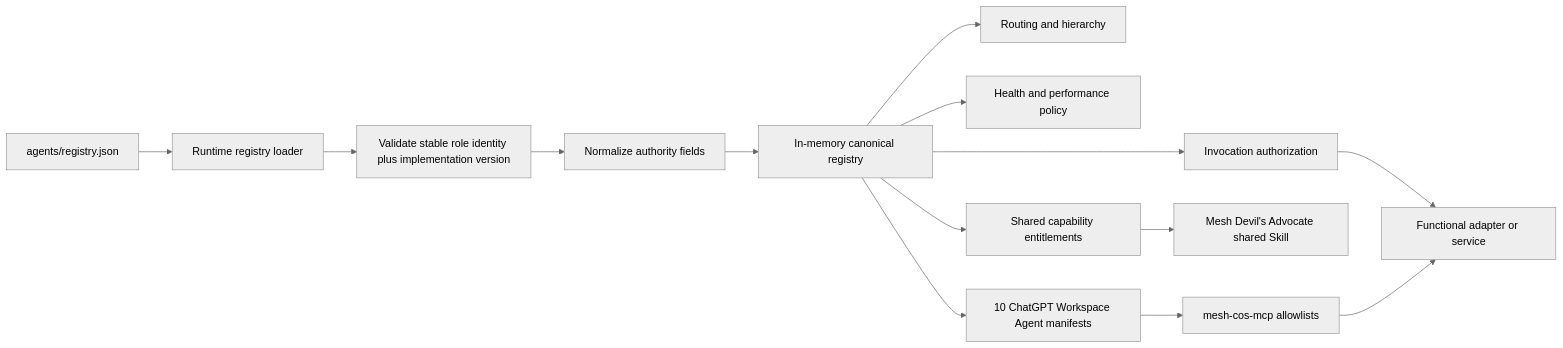
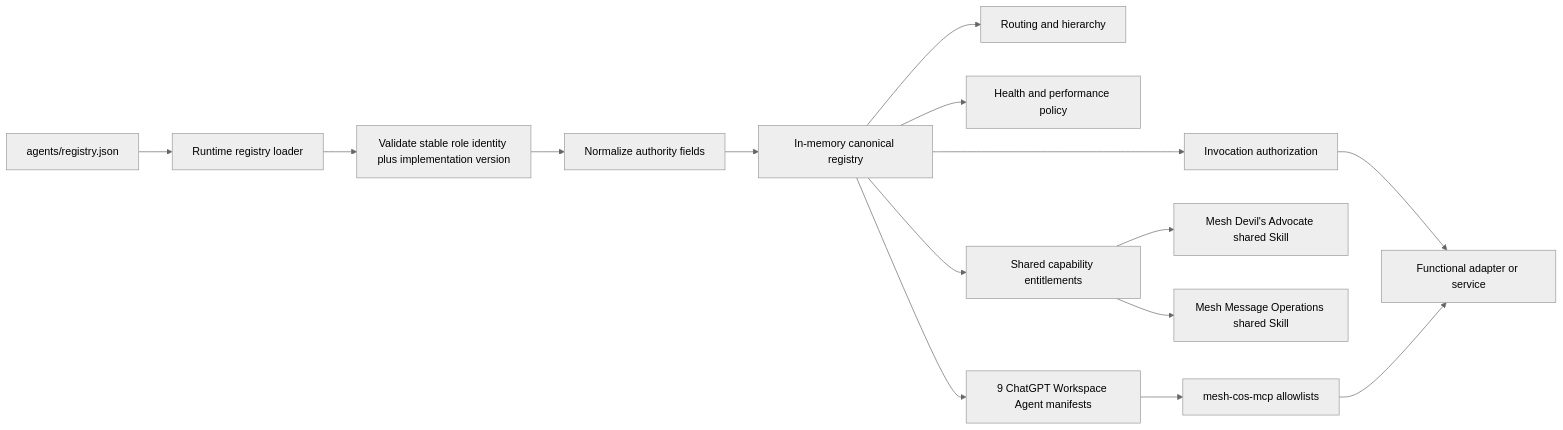
Before and after one commit to mkleinbe/mesh-ai-agent-cos-universe: the diagram in docs/agent-registry.md, drawn with Mermaid (neutral theme). The commit also changed other lines of this file, not shown here.

Commit message:
docs: align agent registry to v3 shared capabilities

````diff
--- a/docs/agent-registry.md
+++ b/docs/agent-registry.md
@@ -7,16 +7,17 @@
 ```mermaid
 flowchart LR
     J[agents/registry.json] --> LOAD[Runtime registry loader]
     LOAD --> ID[Validate stable role identity plus implementation version]
     ID --> N[Normalize authority fields]
     N --> R[In-memory canonical registry]
     R --> AUTH[Invocation authorization]
     R --> ROUTE[Routing and hierarchy]
     R --> HEALTH[Health and performance policy]
-    R --> WA[10 ChatGPT Workspace Agent manifests]
+    R --> WA[9 ChatGPT Workspace Agent manifests]
     R --> SC[Shared capability entitlements]
     SC --> DA[Mesh Devil's Advocate shared Skill]
+    SC --> MSG[Mesh Message Operations shared Skill]
     WA --> MCP[mesh-cos-mcp allowlists]
     AUTH --> EXEC[Functional adapter or service]
     MCP --> EXEC
 ```
````
